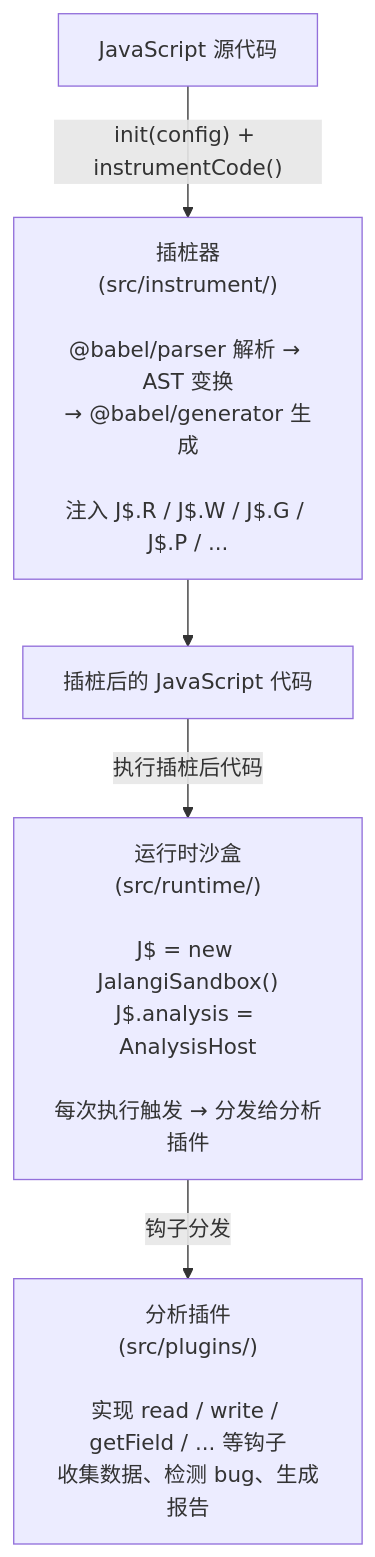
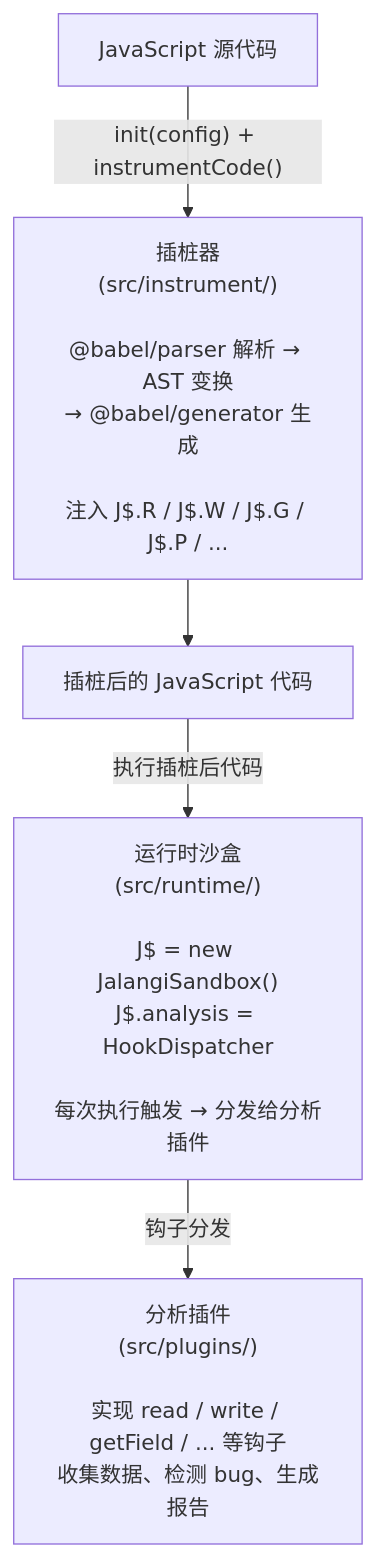
One commit to fuckreverse/Jani changed the first of 3 diagrams in docs/Overview.md. Above: the diagram before and after it, drawn with Mermaid. The commit also changed other lines of this file and 13 other files, not shown here.

First line of the commit message:
refactor: 将 AnalysisHost 重命名为 HookDispatcher 并替换相关引用

````diff
--- a/docs/Overview.md
+++ b/docs/Overview.md
@@ -16,13 +16,13 @@
 ```mermaid
 flowchart TD
     SRC["JavaScript 源代码"]
     INSTR["插桩器\n(src/instrument/)\n\n@babel/parser 解析 → AST 变换\n→ @babel/generator 生成\n\n注入 J$.R / J$.W / J$.G / J$.P / ..."]
     OUT["插桩后的 JavaScript 代码"]
-    RT["运行时沙盒\n(src/runtime/)\n\nJ$ = new JalangiSandbox()\nJ$.analysis = AnalysisHost\n\n每次执行触发 → 分发给分析插件"]
+    RT["运行时沙盒\n(src/runtime/)\n\nJ$ = new JalangiSandbox()\nJ$.analysis = HookDispatcher\n\n每次执行触发 → 分发给分析插件"]
     PLUGIN["分析插件\n(src/plugins/)\n\n实现 read / write / getField / ... 等钩子\n收集数据、检测 bug、生成报告"]
 
     SRC -->|"init(config) + instrumentCode()"| INSTR
     INSTR --> OUT
     OUT -->|"执行插桩后代码"| RT
     RT -->|"钩子分发"| PLUGIN
 ```
````
